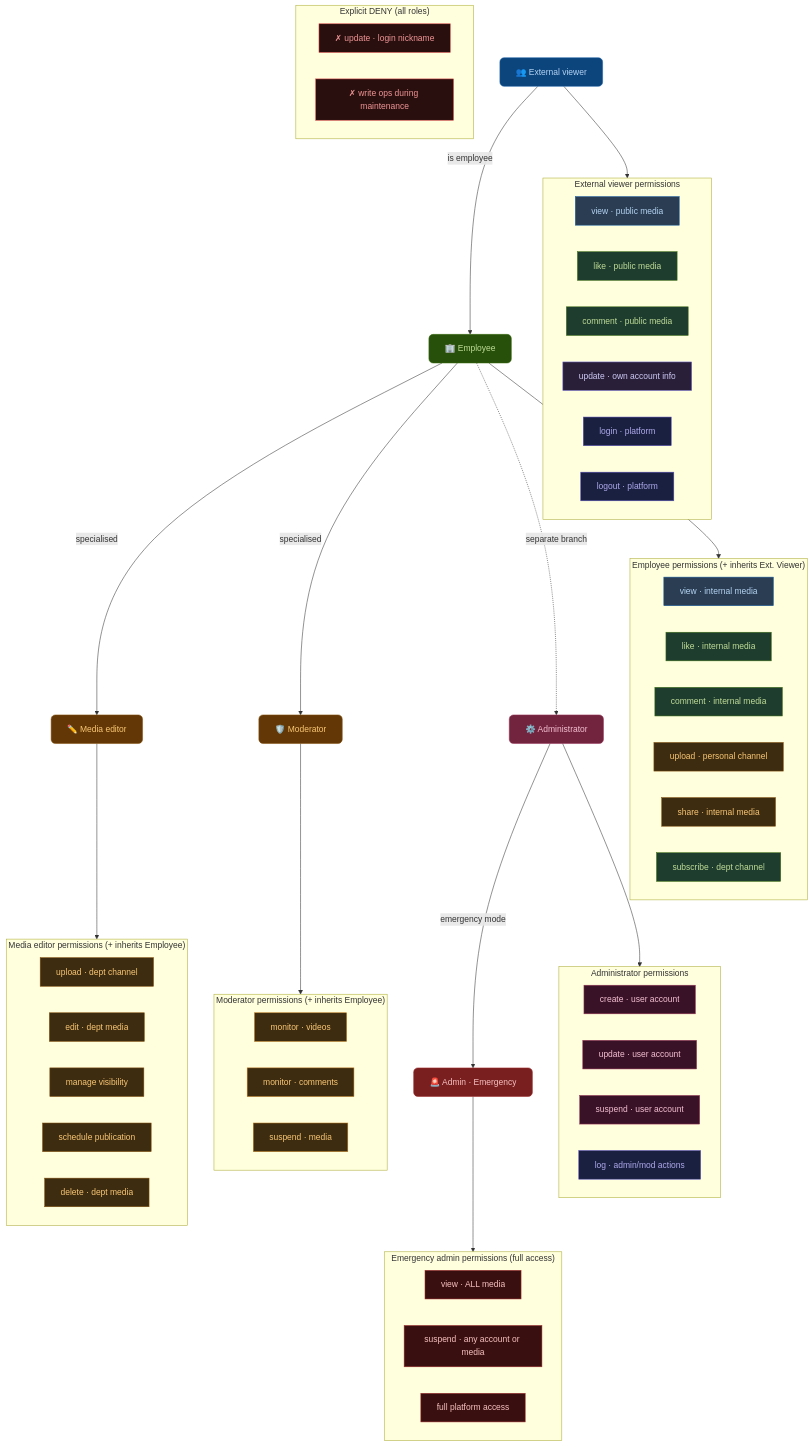
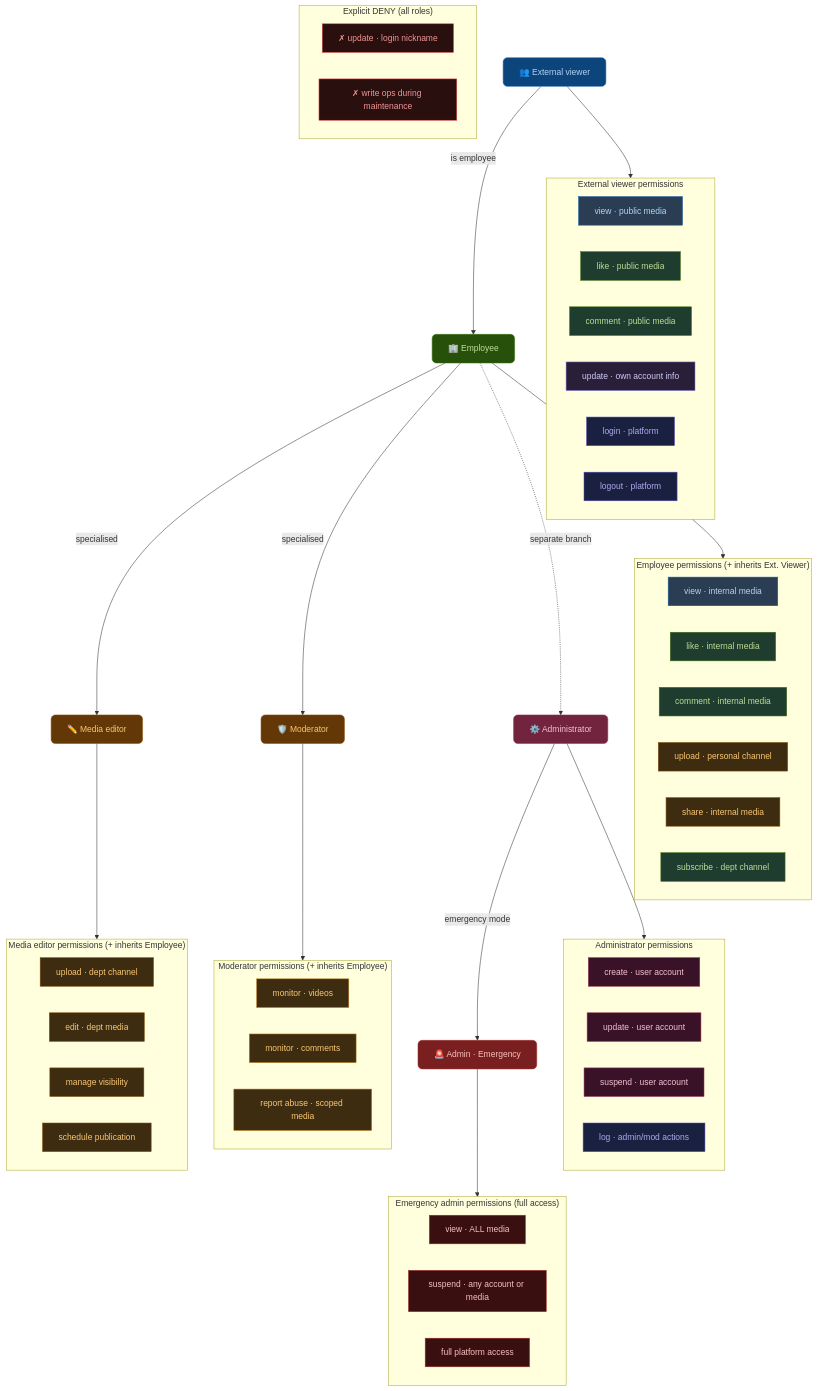
One commit to leadwithims/rbac-uni changed the diagram in rbac-diagram.mmd. Above: the diagram before and after it, drawn with Mermaid. The commit also changed 2 other files, not shown here.

```diff
--- a/rbac-diagram.mmd
+++ b/rbac-diagram.mmd
@@ -1,103 +1,102 @@
 graph TD
 
   %% ── ROLE HIERARCHY ──────────────────────────────────────
   EXT["👥 External viewer"]:::roleExt
   EMP["🏢 Employee"]:::roleEmp
   EDITOR["✏️  Media editor"]:::roleSpec
   MOD["🛡️  Moderator"]:::roleSpec
   ADMIN["⚙️  Administrator"]:::roleAdmin
   EMERG["🚨 Admin · Emergency"]:::roleEmerg
 
   %% ── HIERARCHY LINKS ──────────────────────────────────────
   EXT  -->|"is employee"| EMP
   EMP  -->|"specialised"| EDITOR
   EMP  -->|"specialised"| MOD
   EMP  -.->|"separate branch"| ADMIN
   ADMIN -->|"emergency mode"| EMERG
 
   %% ── EXTERNAL VIEWER PERMISSIONS ──────────────────────────
   subgraph SG_EXT["External viewer permissions"]
     direction LR
     P_VIEW_PUB["view · public media"]:::permView
     P_LIKE_PUB["like · public media"]:::permInteract
     P_CMT_PUB["comment · public media"]:::permInteract
     P_UPD_OWN["update · own account info"]:::permAccount
     P_LOGIN["login · platform"]:::permAuth
     P_LOGOUT["logout · platform"]:::permAuth
   end
   EXT --> SG_EXT
 
   %% ── EMPLOYEE PERMISSIONS ─────────────────────────────────
   subgraph SG_EMP["Employee permissions  (+ inherits Ext. Viewer)"]
     direction LR
     P_VIEW_INT["view · internal media"]:::permView
     P_LIKE_INT["like · internal media"]:::permInteract
     P_CMT_INT["comment · internal media"]:::permInteract
     P_UPLOAD_P["upload · personal channel"]:::permContent
     P_SHARE["share · internal media"]:::permContent
     P_SUB["subscribe · dept channel"]:::permInteract
   end
   EMP --> SG_EMP
 
   %% ── EDITOR PERMISSIONS ───────────────────────────────────
   subgraph SG_EDITOR["Media editor permissions  (+ inherits Employee)"]
     direction LR
     P_UPLOAD_D["upload · dept channel"]:::permContent
     P_EDIT["edit · dept media"]:::permContent
     P_VIS["manage visibility"]:::permContent
     P_SCHED["schedule publication"]:::permContent
-    P_DELETE["delete · dept media"]:::permContent
   end
   EDITOR --> SG_EDITOR
 
   %% ── MODERATOR PERMISSIONS ────────────────────────────────
   subgraph SG_MOD["Moderator permissions  (+ inherits Employee)"]
     direction LR
     P_MON_V["monitor · videos"]:::permMod
     P_MON_C["monitor · comments"]:::permMod
-    P_SUSP_M["suspend · media"]:::permMod
+    P_REPORT["report abuse · scoped media"]:::permMod
   end
   MOD --> SG_MOD
 
   %% ── ADMIN PERMISSIONS ────────────────────────────────────
   subgraph SG_ADMIN["Administrator permissions"]
     direction LR
     P_CREATE_A["create · user account"]:::permAdmin
     P_UPD_A["update · user account"]:::permAdmin
     P_SUSP_A["suspend · user account"]:::permAdmin
     P_LOG["log · admin/mod actions"]:::permAuth
   end
   ADMIN --> SG_ADMIN
 
   %% ── EMERGENCY PERMISSIONS ────────────────────────────────
   subgraph SG_EMERG["Emergency admin permissions  (full access)"]
     direction LR
     P_VIEW_ALL["view · ALL media"]:::permEmerg
     P_SUSP_ANY["suspend · any account or media"]:::permEmerg
     P_FULL["full platform access"]:::permEmerg
   end
   EMERG --> SG_EMERG
 
   %% ── CROSS-CUTTING DENIES ─────────────────────────────────
   subgraph SG_DENY["Explicit DENY  (all roles)"]
     direction LR
     D_NICK["✗ update · login nickname"]:::permDeny
     D_MAINT["✗ write ops during maintenance"]:::permDeny
   end
 
   %% ── STYLES ───────────────────────────────────────────────
   classDef roleExt   fill:#0c447c,stroke:#185FA5,color:#B5D4F4,rx:8
   classDef roleEmp   fill:#27500a,stroke:#3B6D11,color:#C0DD97,rx:8
   classDef roleSpec  fill:#633806,stroke:#854F0B,color:#FAC775,rx:8
   classDef roleAdmin fill:#72243E,stroke:#993556,color:#F4C0D1,rx:8
   classDef roleEmerg fill:#791F1F,stroke:#A32D2D,color:#F7C1C1,rx:8
 
   classDef permView     fill:#2a3d52,stroke:#185FA5,color:#B5D4F4
   classDef permInteract fill:#1e3d2f,stroke:#3B6D11,color:#C0DD97
   classDef permContent  fill:#3d2c10,stroke:#854F0B,color:#FAC775
   classDef permMod      fill:#3d2c10,stroke:#BA7517,color:#FAC775
   classDef permAccount  fill:#2a1f38,stroke:#7F77DD,color:#CECBF6
   classDef permAdmin    fill:#3a1228,stroke:#993556,color:#F4C0D1
   classDef permAuth     fill:#1a2040,stroke:#534AB7,color:#AFA9EC
   classDef permEmerg    fill:#3a0f0f,stroke:#A32D2D,color:#F7C1C1
   classDef permDeny     fill:#2a0f0f,stroke:#E24B4A,color:#F09595
```
